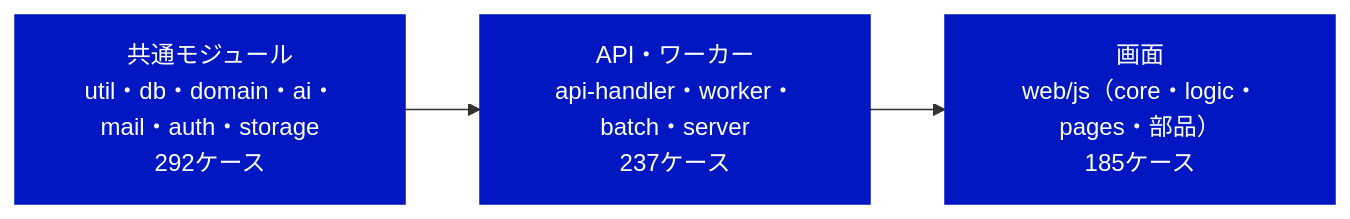
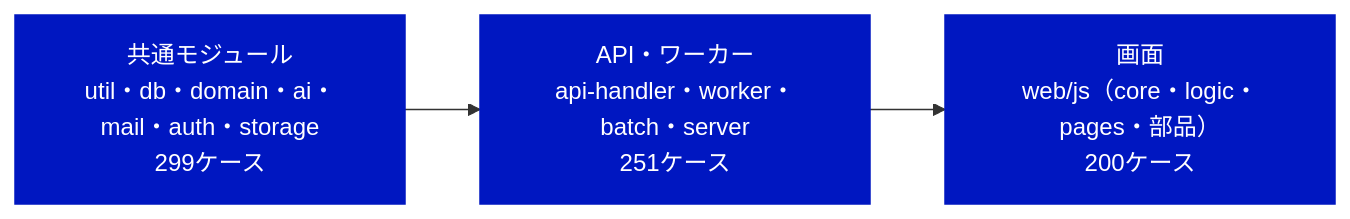
The first of 3 diagrams in documents/モジュールテスト結果報告書_RPG学習アプリ.md (pocarialice/rpglearning), drawn with Mermaid before and after one commit. The commit also changed other lines of this file and 1 other file, not shown here.

````diff
--- a/documents/モジュールテスト結果報告書_RPG学習アプリ.md
+++ b/documents/モジュールテスト結果報告書_RPG学習アプリ.md
@@ -23,7 +23,7 @@
 ```mermaid
 flowchart LR
-  A["共通モジュール<br>util・db・domain・ai・mail・auth・storage<br>292ケース"]:::done --> B["API・ワーカー<br>api-handler・worker・batch・server<br>237ケース"]:::done
-  B --> C["画面<br>web/js（core・logic・pages・部品）<br>185ケース"]:::done
+  A["共通モジュール<br>util・db・domain・ai・mail・auth・storage<br>299ケース"]:::done --> B["API・ワーカー<br>api-handler・worker・batch・server<br>251ケース"]:::done
+  B --> C["画面<br>web/js（core・logic・pages・部品）<br>200ケース"]:::done
   classDef done fill:#0017C1,color:#fff,stroke:#0017C1
   classDef todo fill:#fff,color:#414141,stroke:#B4B4B4,stroke-dasharray:4 3
 ```
````
